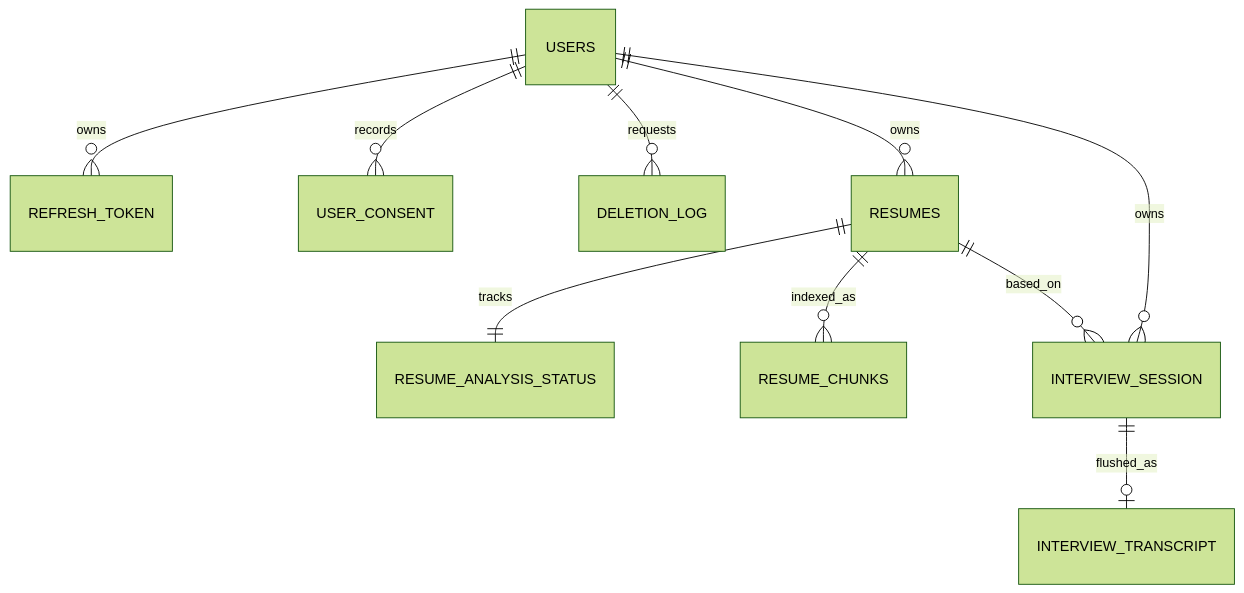
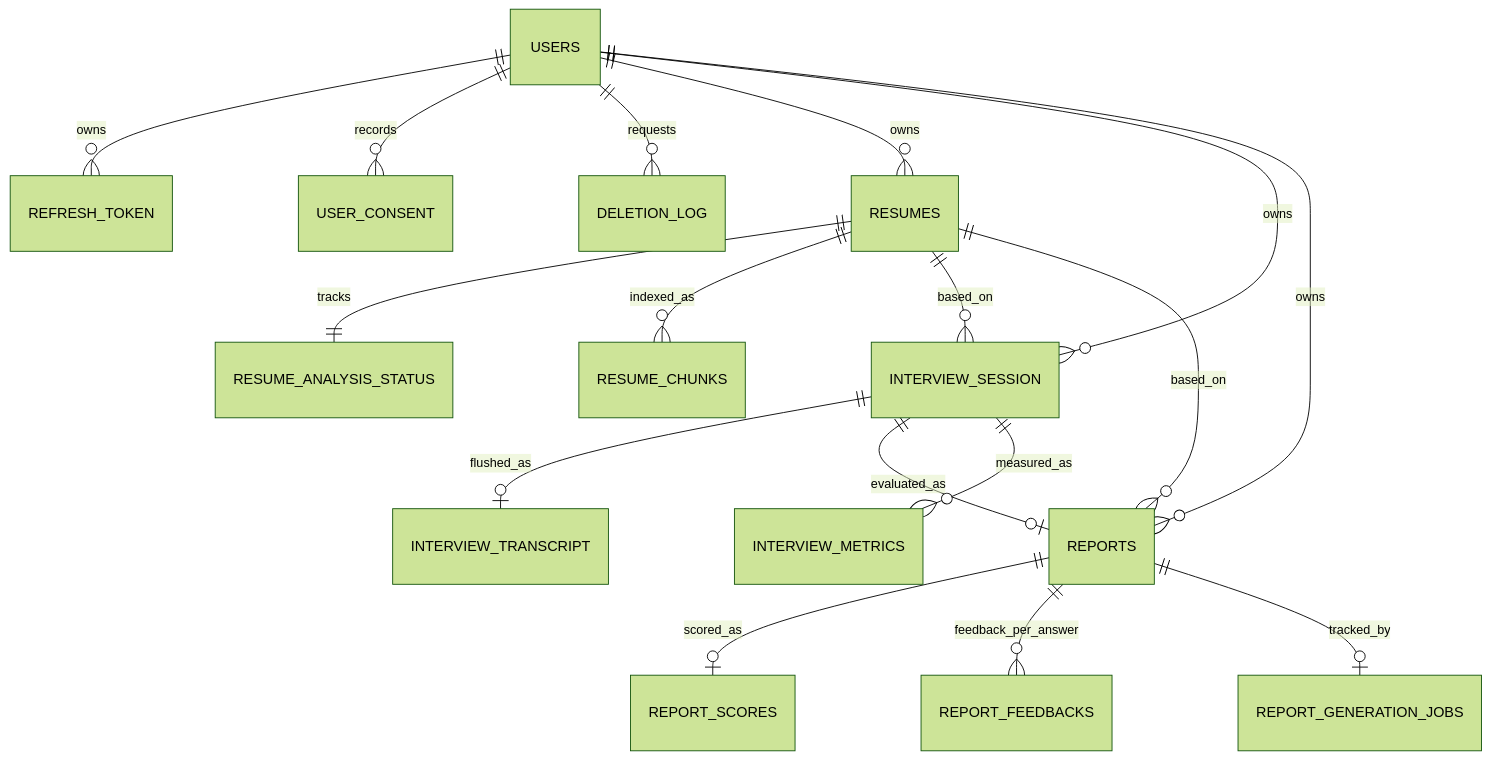
The diagram in README.md (SW-Maestro-17th-HBB/Kkori-Backend), drawn with Mermaid (forest theme) before and after one commit. The commit also changed other lines of this file and 1 other file, not shown here.

Commit message:
docs: ERD에 리포트, 잡, 메트릭 테이블 추가

````diff
--- a/README.md
+++ b/README.md
@@ -55,12 +55,19 @@
 ```mermaid
 erDiagram
   USERS ||--o{ REFRESH_TOKEN : owns
   USERS ||--o{ USER_CONSENT : records
   USERS ||--o{ DELETION_LOG : requests
   USERS ||--o{ RESUMES : owns
   RESUMES ||--|| RESUME_ANALYSIS_STATUS : tracks
   RESUMES ||--o{ RESUME_CHUNKS : indexed_as
   USERS ||--o{ INTERVIEW_SESSION : owns
   RESUMES ||--o{ INTERVIEW_SESSION : based_on
   INTERVIEW_SESSION ||--o| INTERVIEW_TRANSCRIPT : flushed_as
+  INTERVIEW_SESSION ||--o| REPORTS : evaluated_as
+  USERS ||--o{ REPORTS : owns
+  RESUMES ||--o{ REPORTS : based_on
+  REPORTS ||--o| REPORT_SCORES : scored_as
+  REPORTS ||--o{ REPORT_FEEDBACKS : feedback_per_answer
+  REPORTS ||--o| REPORT_GENERATION_JOBS : tracked_by
+  INTERVIEW_SESSION ||--o{ INTERVIEW_METRICS : measured_as
 ```
````
